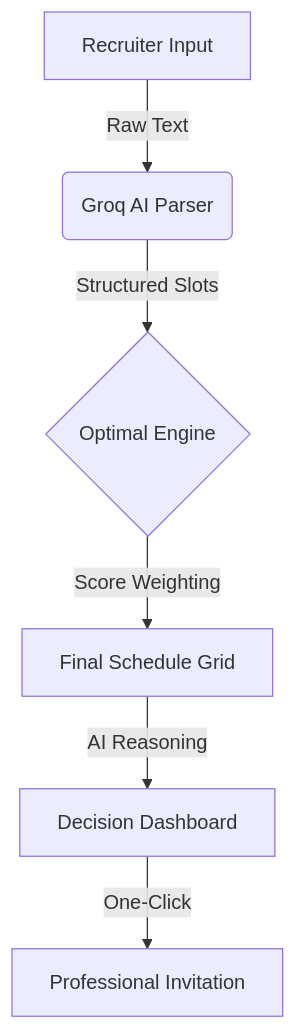
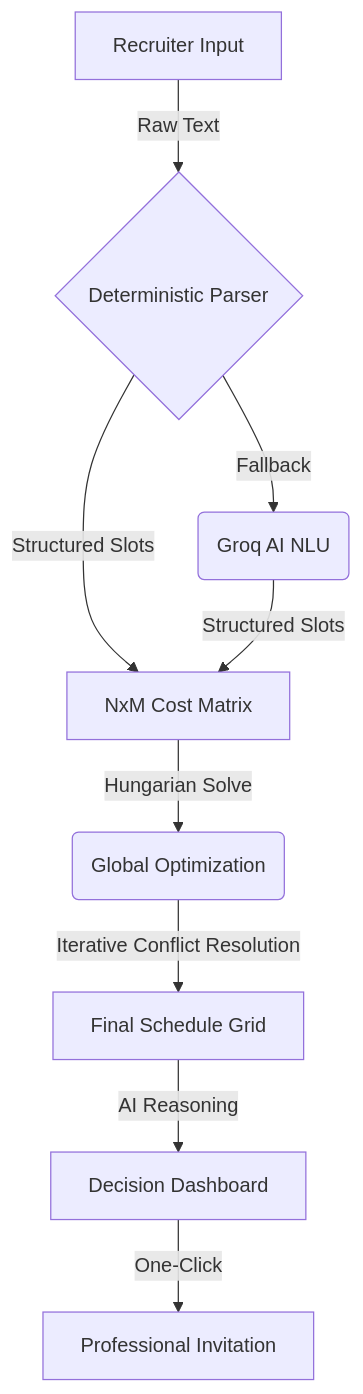
The diagram in README.md (RedLordezh7Venom/slotmaxxer), drawn with Mermaid before and after one commit. The commit also changed other lines of this file and 3 other files, not shown here.

````diff
--- a/README.md
+++ b/README.md
@@ -43,8 +43,11 @@
 ```mermaid
 graph TD
-    A[Recruiter Input] -->|Raw Text| B(Groq AI Parser)
-    B -->|Structured Slots| C{Optimal Engine}
-    C -->|Score Weighting| D[Final Schedule Grid]
-    D -->|AI Reasoning| E[Decision Dashboard]
-    E -->|One-Click| F[Professional Invitation]
+    A[Recruiter Input] -->|Raw Text| B{Deterministic Parser}
+    B -->|Fallback| C(Groq AI NLU)
+    B -->|Structured Slots| D[NxM Cost Matrix]
+    C -->|Structured Slots| D
+    D -->|Hungarian Solve| E(Global Optimization)
+    E -->|Iterative Conflict Resolution| F[Final Schedule Grid]
+    F -->|AI Reasoning| G[Decision Dashboard]
+    G -->|One-Click| H[Professional Invitation]
 ```
````
